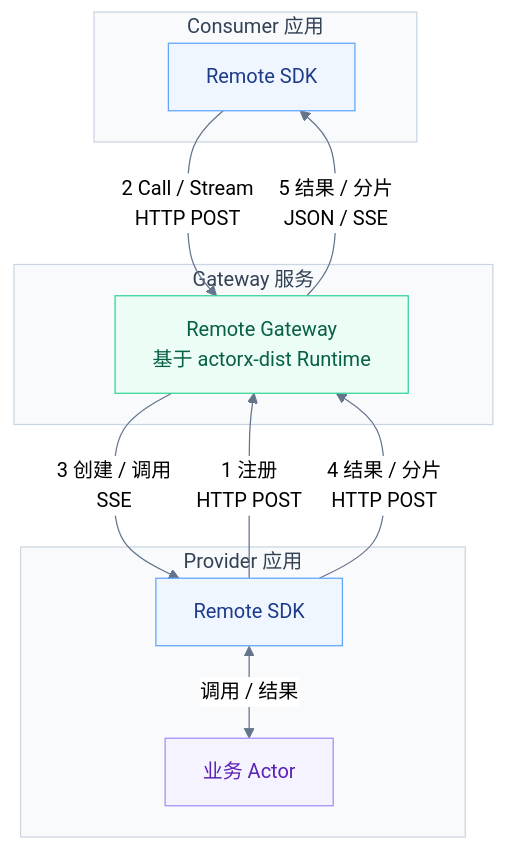
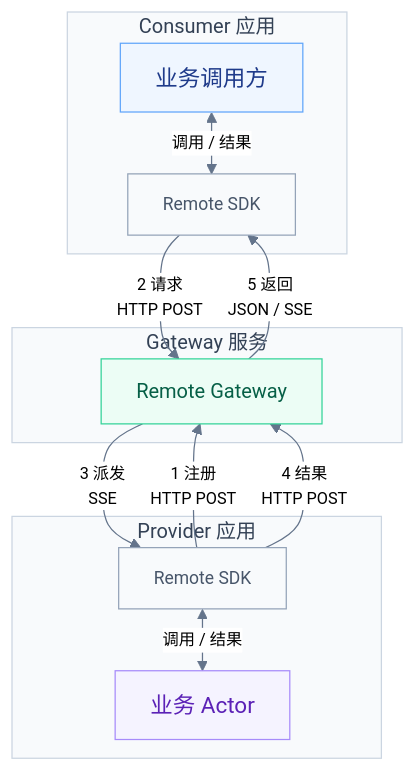
Before and after one commit to go-aie/actorx-dist: the diagram in remote/README.zh.md, drawn with Mermaid (neutral theme). The commit also changed other lines of this file and 27 other files, not shown here.

````diff
--- a/remote/README.zh.md
+++ b/remote/README.zh.md
@@ -13,31 +13,36 @@
 ```mermaid
+%%{init: {"flowchart": {"rankSpacing": 30, "padding": 14, "subGraphTitleMargin": {"top": 0, "bottom": 10}}}}%%
 flowchart TB
     subgraph consumer["Consumer 应用"]
+        B["业务调用方"]
         C["Remote SDK"]
     end
     subgraph backend["Gateway 服务"]
-        G["Remote Gateway<br/>基于 actorx-dist Runtime"]
+        G["Remote Gateway"]
     end
     subgraph provider["Provider 应用"]
         P["Remote SDK"]
         A["业务 Actor"]
     end
 
-    C -->|"2 Call / Stream<br/>HTTP POST"| G
-    G -->|"3 创建 / 调用<br/>SSE"| P
+    B <-->|"调用 / 结果"| C
+    C -->|"2 请求<br/>HTTP POST"| G
+    G -->|"3 派发<br/>SSE"| P
     P <-->|"调用 / 结果"| A
-    G -->|"5 结果 / 分片<br/>JSON / SSE"| C
+    G -->|"5 返回<br/>JSON / SSE"| C
     P -->|"1 注册<br/>HTTP POST"| G
-    P -->|"4 结果 / 分片<br/>HTTP POST"| G
+    P -->|"4 结果<br/>HTTP POST"| G
 
-    classDef sdk fill:#eff6ff,stroke:#60a5fa,color:#1e3a8a
-    classDef gateway fill:#ecfdf5,stroke:#34d399,color:#065f46
-    classDef actor fill:#f5f3ff,stroke:#a78bfa,color:#5b21b6
+    classDef application fill:#eff6ff,stroke:#60a5fa,color:#1e3a8a,font-size:18px
+    classDef sdk fill:#f8fafc,stroke:#94a3b8,color:#475569,font-size:14px
+    classDef gateway fill:#ecfdf5,stroke:#34d399,color:#065f46,font-size:16px
+    classDef actor fill:#f5f3ff,stroke:#a78bfa,color:#5b21b6,font-size:18px
+    class B application
     class C,P sdk
     class G gateway
     class A actor
     style consumer fill:#f8fafc,stroke:#cbd5e1,color:#334155
     style backend fill:#f8fafc,stroke:#cbd5e1,color:#334155
     style provider fill:#f8fafc,stroke:#cbd5e1,color:#334155
-    linkStyle default stroke:#64748b
+    linkStyle default stroke:#64748b,font-size:13px
 ```
````
